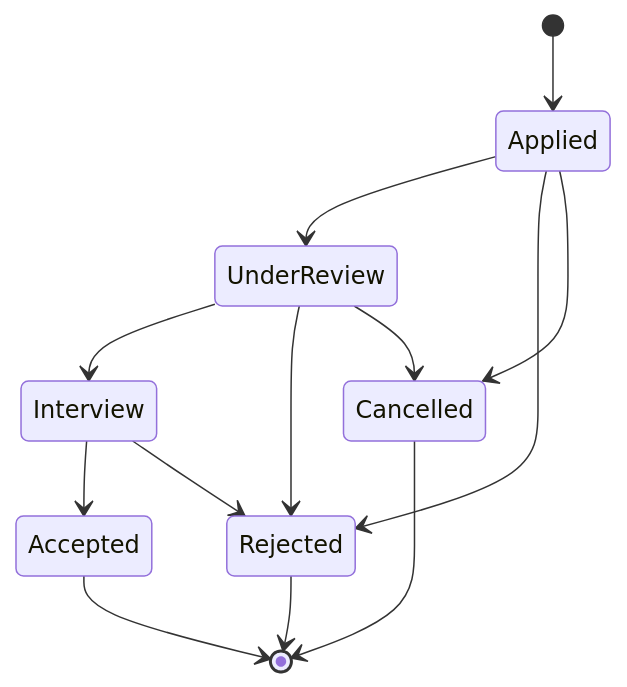
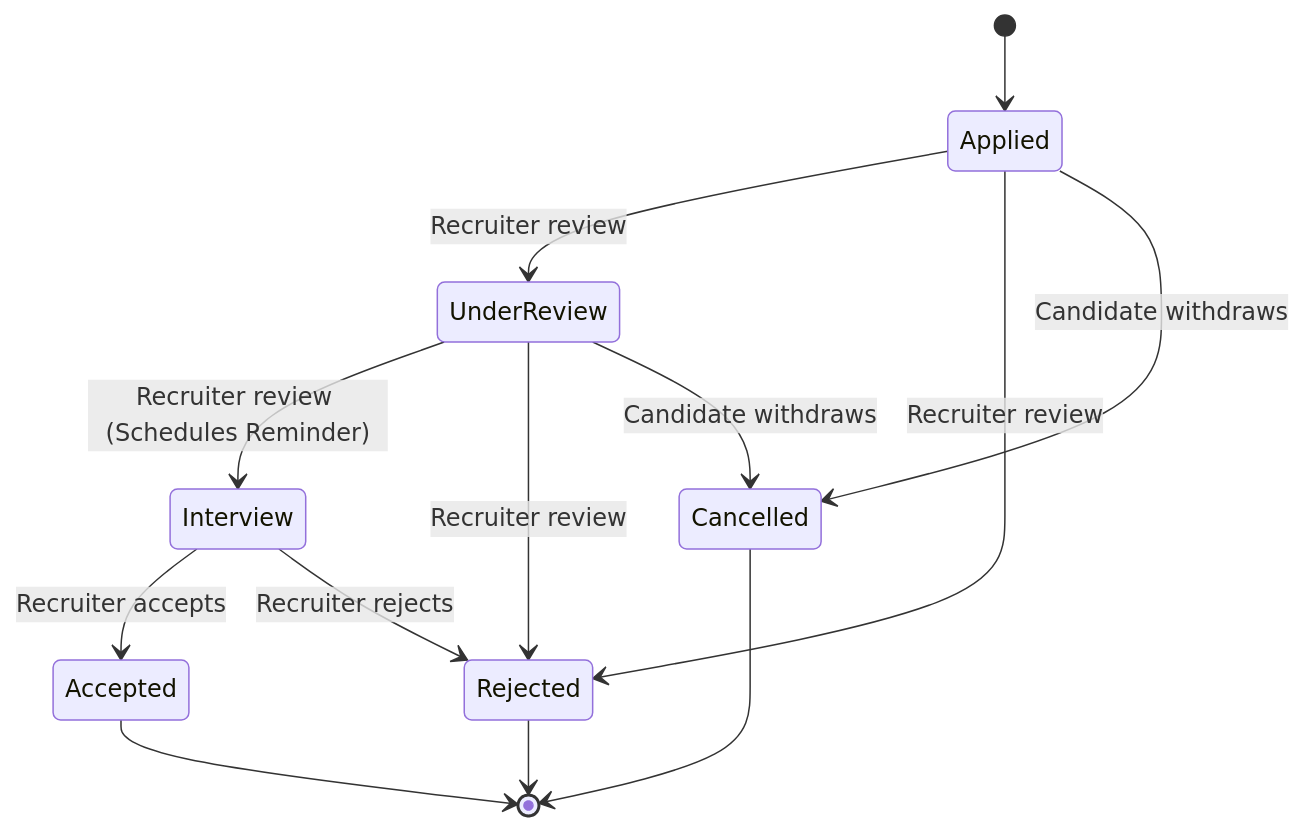
One commit to MoSayed335/JobApplication.API changed the third of 3 diagrams in README.md. Above: the diagram before and after it, drawn with Mermaid. The commit also changed other lines of this file and 32 other files, not shown here.

````diff
--- a/README.md
+++ b/README.md
@@ -212,15 +288,18 @@
 ```mermaid
 stateDiagram-v2
     [*] --> Applied
-    Applied --> UnderReview
-    UnderReview --> Interview
-    Interview --> Accepted
-    Applied --> Rejected
-    UnderReview --> Rejected
-    Interview --> Rejected
-    Applied --> Cancelled
-    UnderReview --> Cancelled
+    Applied --> UnderReview : Recruiter review
+    Applied --> Rejected : Recruiter review
+    Applied --> Cancelled : Candidate withdraws
+    
+    UnderReview --> Interview : Recruiter review (Schedules Reminder)
+    UnderReview --> Rejected : Recruiter review
+    UnderReview --> Cancelled : Candidate withdraws
+    
+    Interview --> Accepted : Recruiter accepts
+    Interview --> Rejected : Recruiter rejects
+    
     Accepted --> [*]
     Rejected --> [*]
     Cancelled --> [*]
 ```
````
